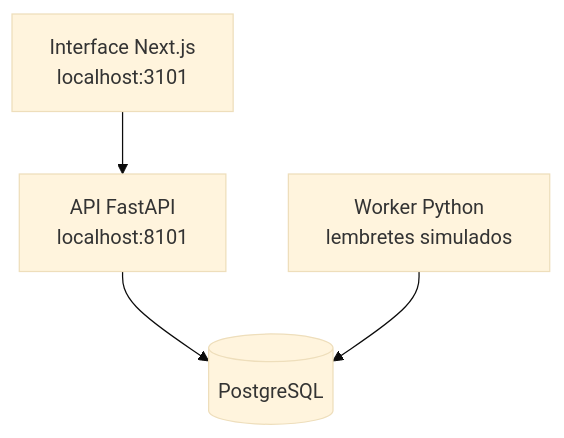
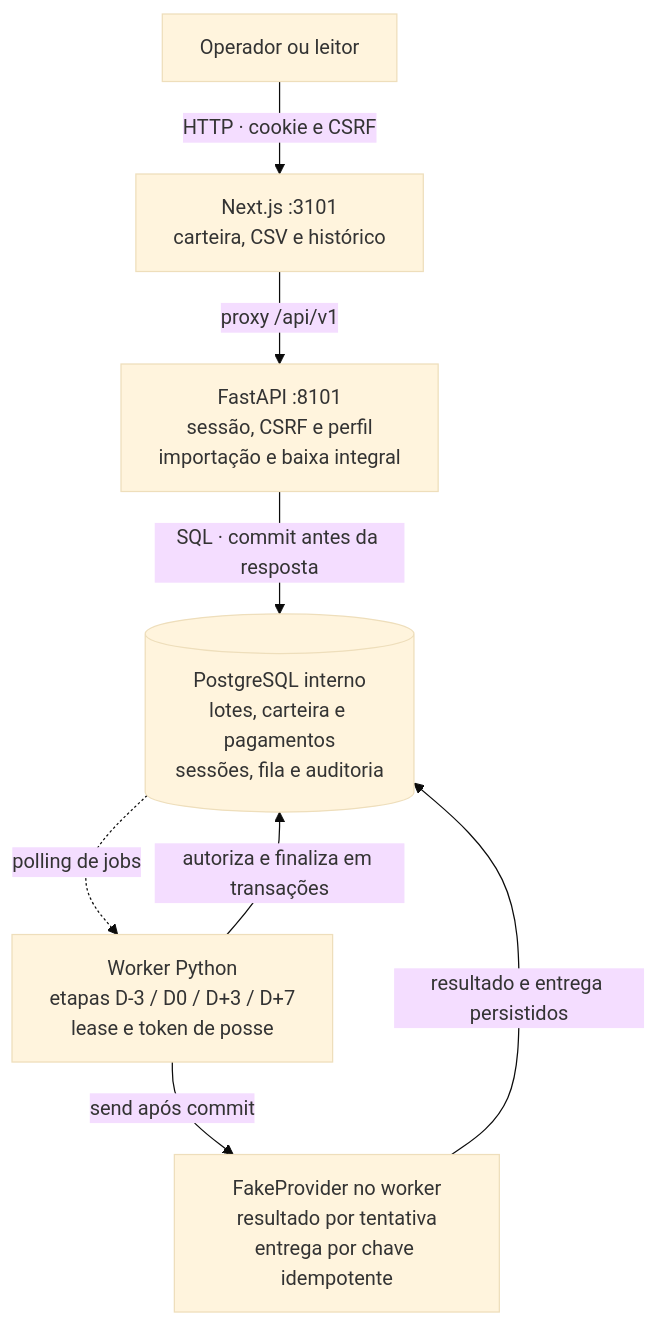
One commit to arthurjoanes/gestao-recebiveis changed the diagram in README.md. Above: the diagram before and after it, drawn with Mermaid (base theme). The commit also changed other lines of this file and 1 other file, not shown here.

Commit message:
Detalha arquitetura, contratos e fluxos de execução

````diff
--- a/README.md
+++ b/README.md
@@ -46,6 +46,16 @@
 ```mermaid
 flowchart TB
-    Web["Interface Next.js<br/>localhost:3101"] --> API["API FastAPI<br/>localhost:8101"]
-    API --> DB[("PostgreSQL")]
-    Worker["Worker Python<br/>lembretes simulados"] --> DB
+    Browser["Operador ou leitor"]
+    Web["Next.js :3101<br/>carteira, CSV e histórico"]
+    API["FastAPI :8101<br/>sessão, CSRF e perfil<br/>importação e baixa integral"]
+    DB[("PostgreSQL interno<br/>lotes, carteira e pagamentos<br/>sessões, fila e auditoria")]
+    Worker["Worker Python<br/>etapas D-3 / D0 / D+3 / D+7<br/>lease e token de posse"]
+    Fake["FakeProvider no worker<br/>resultado por tentativa<br/>entrega por chave idempotente"]
+    Browser -->|"HTTP · cookie e CSRF"| Web
+    Web -->|"proxy /api/v1"| API
+    API -->|"SQL · commit antes da resposta"| DB
+    DB -.->|"polling de jobs"| Worker
+    Worker -->|"autoriza e finaliza em transações"| DB
+    Worker -->|"send após commit"| Fake
+    Fake -->|"resultado e entrega persistidos"| DB
 ```
````
